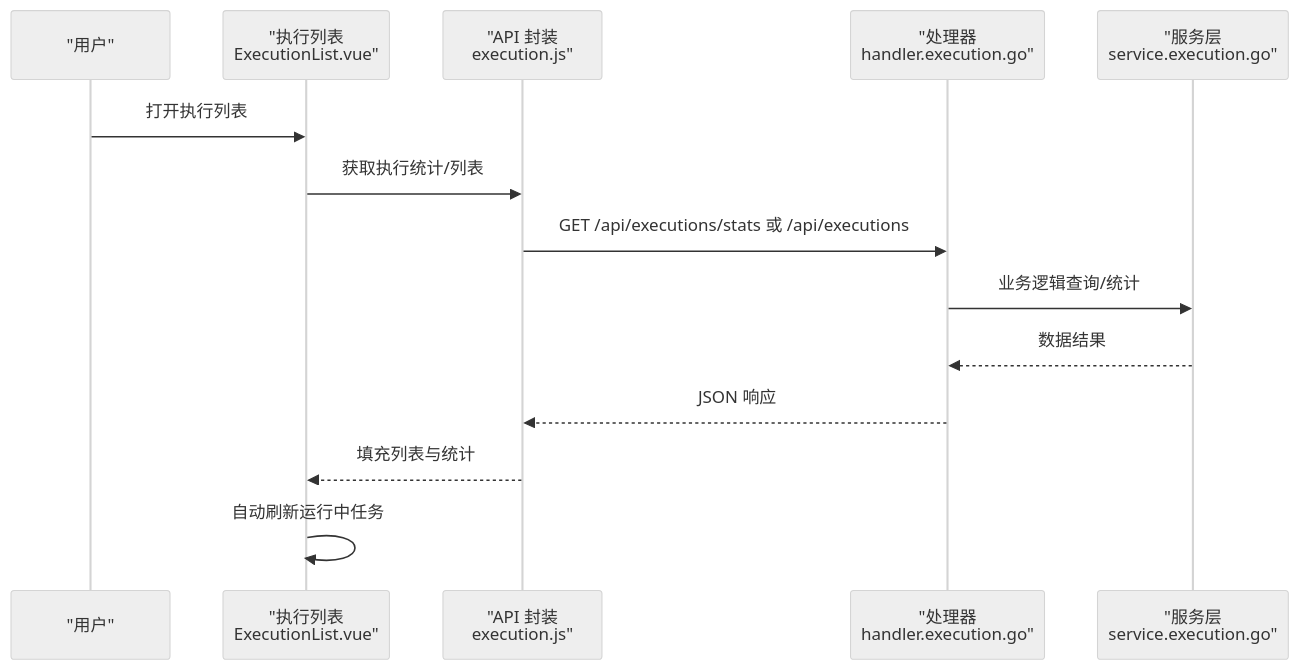
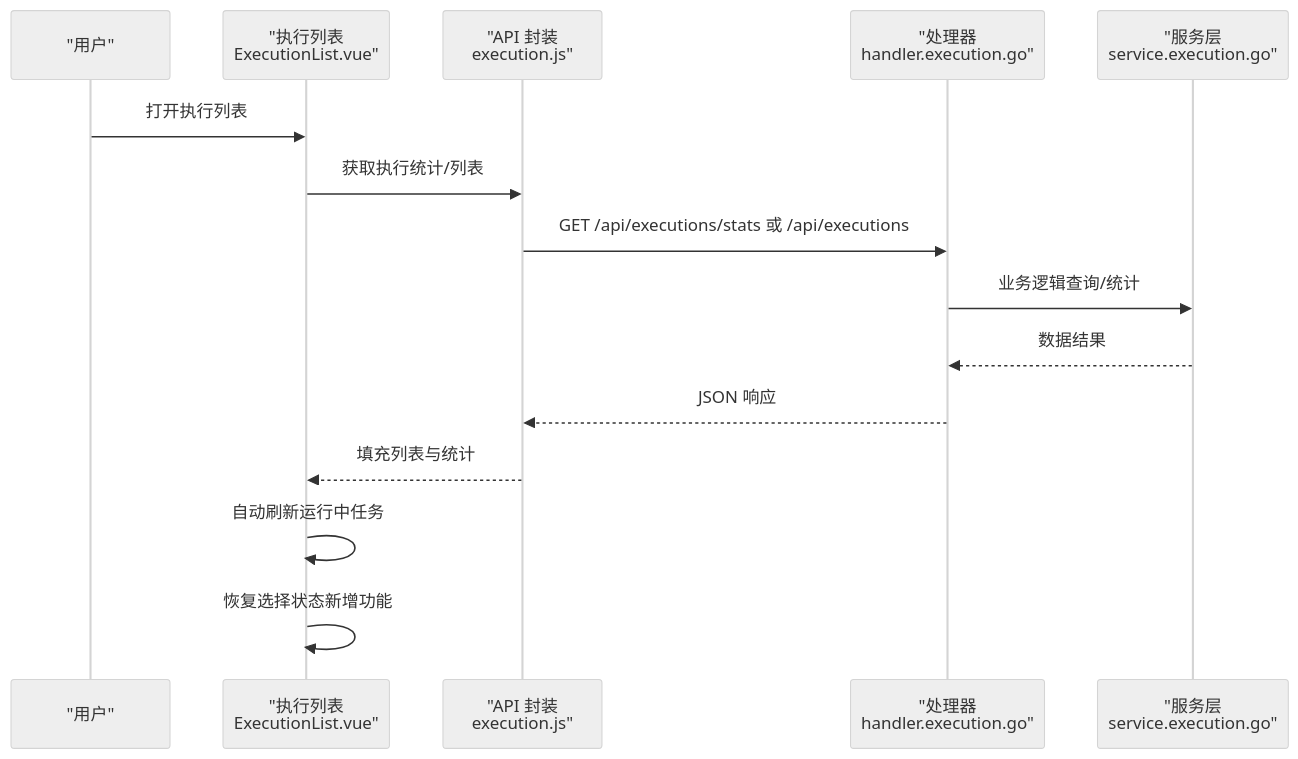
The second of 6 diagrams in .qoder/repowiki/zh/content/前端组件详解/执行管理组件.md (Liyuhao02/Jmeter-Admin), drawn with Mermaid (neutral theme) before and after one commit. The commit also changed other lines of this file and 34 other files, not shown here.

````diff
--- a/.qoder/repowiki/zh/content/前端组件详解/执行管理组件.md
+++ b/.qoder/repowiki/zh/content/前端组件详解/执行管理组件.md
@@ -93,16 +105,17 @@
 ```mermaid
 sequenceDiagram
 participant U as "用户"
 participant L as "执行列表<br/>ExecutionList.vue"
 participant D as "API 封装<br/>execution.js"
 participant H as "处理器<br/>handler.execution.go"
 participant S as "服务层<br/>service.execution.go"
 U->>L : 打开执行列表
 L->>D : 获取执行统计/列表
 D->>H : GET /api/executions/stats 或 /api/executions
 H->>S : 业务逻辑查询/统计
 S-->>H : 数据结果
 H-->>D : JSON 响应
 D-->>L : 填充列表与统计
 L->>L : 自动刷新运行中任务
+L->>L : 恢复选择状态新增功能
 ```
````
